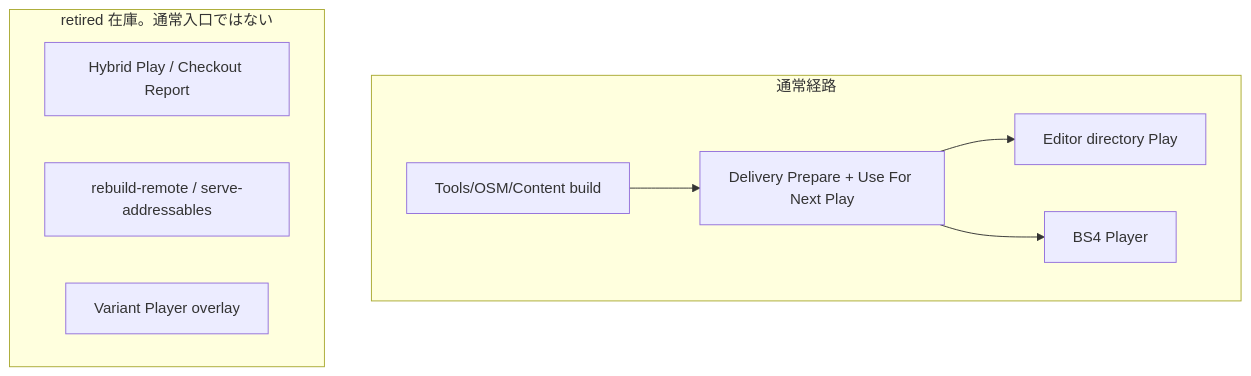
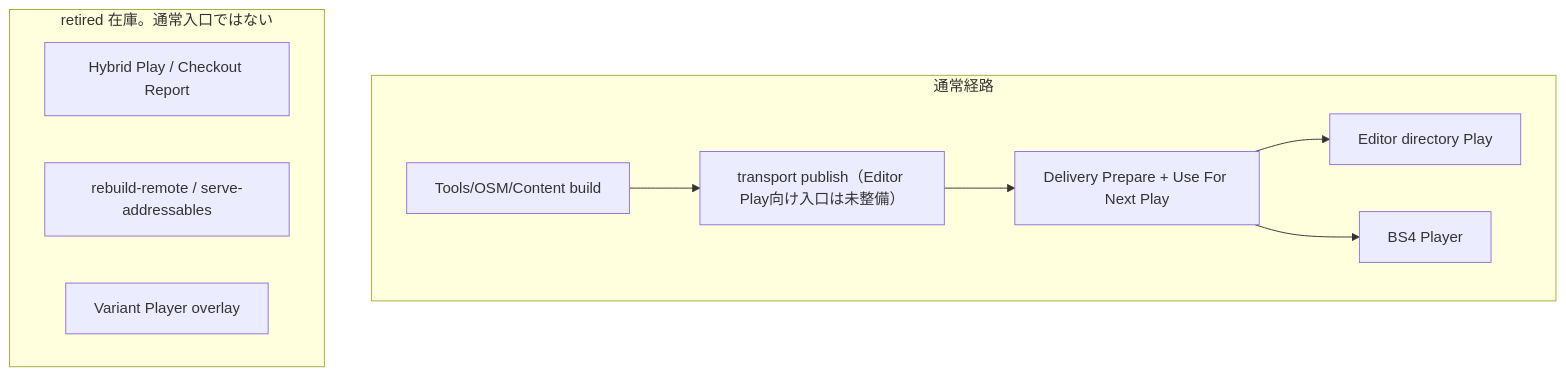
The diagram in unity/Assets/Docs/Architecture/20-variant-checkout-workflow.md (TetsujiAoyagi/SampleGameForOneStarMakerFramework), drawn with Mermaid before and after one commit. The commit also changed other lines of this file and 3 other files, not shown here.

Commit message:
docs: align content delivery guidance with publish state

````diff
--- a/unity/Assets/Docs/Architecture/20-variant-checkout-workflow.md
+++ b/unity/Assets/Docs/Architecture/20-variant-checkout-workflow.md
@@ -57,18 +58,19 @@
 ```mermaid
 flowchart TB
     subgraph usual ["通常経路"]
         contentBuild["Tools/OSM/Content build"]
+        publish["transport publish（Editor Play向け入口は未整備）"]
         delivery["Delivery Prepare + Use For Next Play"]
         dirPlay["Editor directory Play"]
         bs4["BS4 Player"]
-        contentBuild --> delivery
+        contentBuild --> publish --> delivery
         delivery --> dirPlay
         delivery --> bs4
     end
 
     subgraph retired ["retired 在庫。通常入口ではない"]
         hybrid["Hybrid Play / Checkout Report"]
         remote["rebuild-remote / serve-addressables"]
         overlay["Variant Player overlay"]
     end
 ```
````
